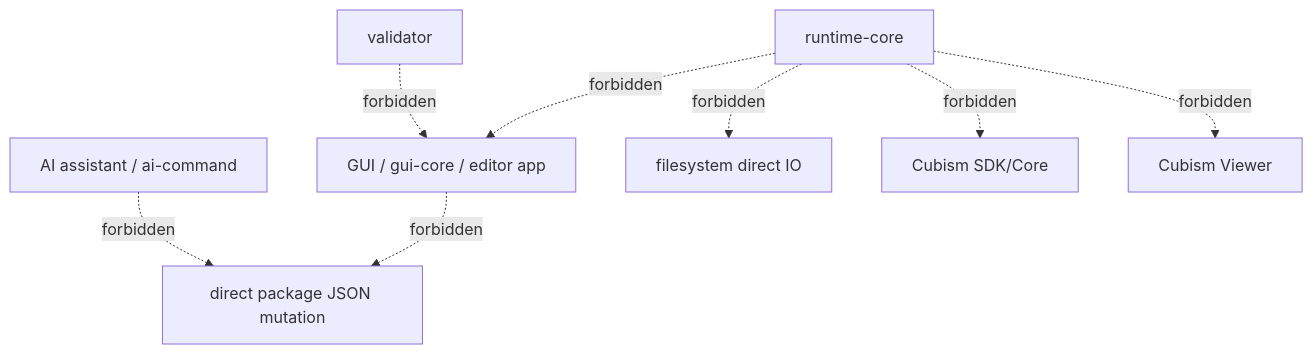
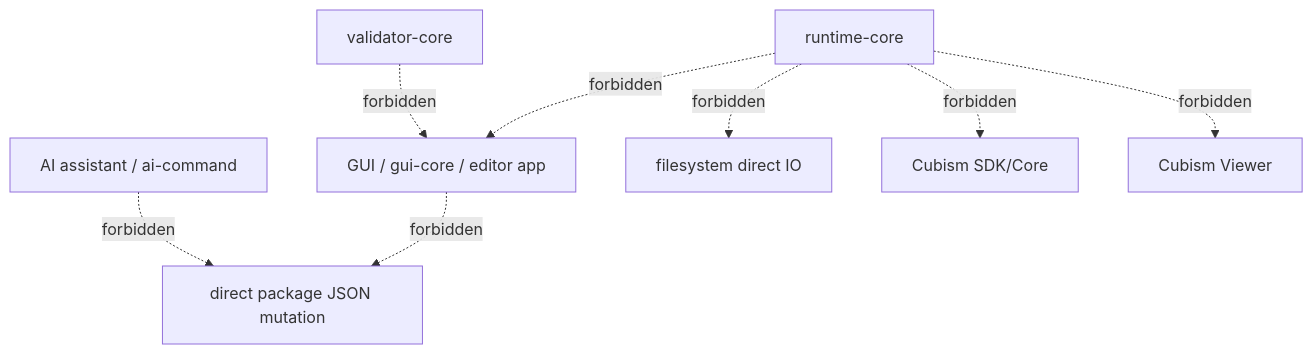
Before and after one commit to remie-code/2d-rigging-lab: the second of 3 diagrams in discussion/development_convention/module-boundary-policy.md, drawn with Mermaid. The commit also changed other lines of this file and 41 other files, not shown here.

````diff
--- a/discussion/development_convention/module-boundary-policy.md
+++ b/discussion/development_convention/module-boundary-policy.md
@@ -319,19 +319,19 @@
 ```mermaid
 graph TD
   runtimeCore[runtime-core]
-  validator[validator]
+  validatorCore[validator-core]
   aiAssistant[AI assistant / ai-command]
   gui[GUI / gui-core / editor app]
   fs[filesystem direct IO]
   cubism[Cubism SDK/Core]
   cubismViewer[Cubism Viewer]
   packageJson[direct package JSON mutation]
 
   runtimeCore -. forbidden .-> gui
   runtimeCore -. forbidden .-> fs
   runtimeCore -. forbidden .-> cubism
   runtimeCore -. forbidden .-> cubismViewer
-  validator -. forbidden .-> gui
+  validatorCore -. forbidden .-> gui
   aiAssistant -. forbidden .-> packageJson
   gui -. forbidden .-> packageJson
 ```
````
